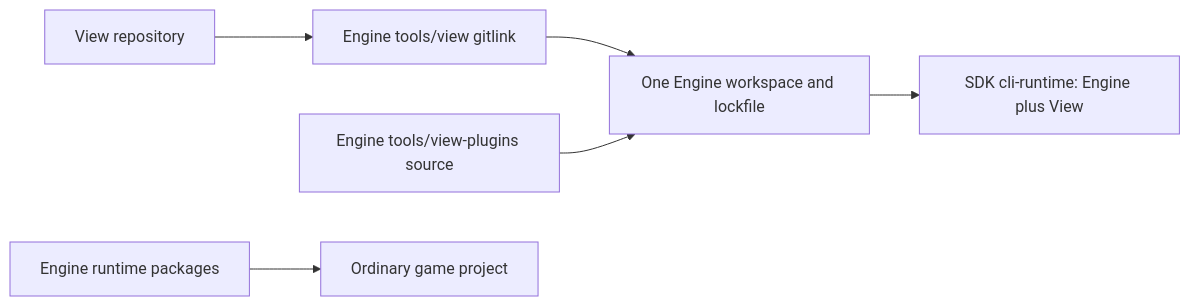
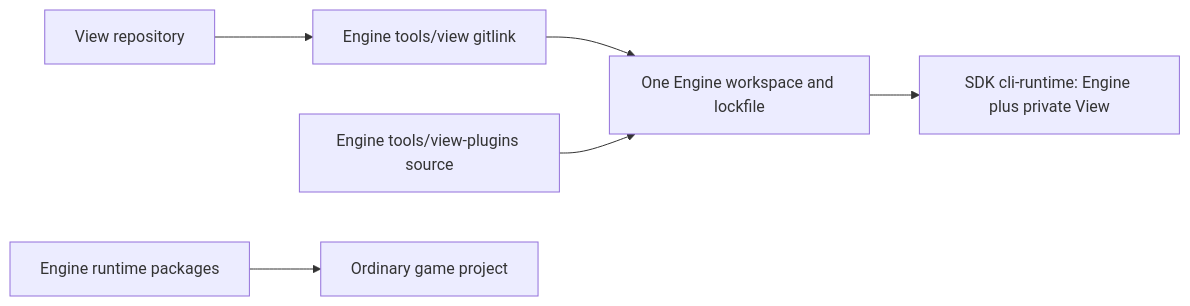
The diagram in tools/view/README.md (ForgeAX/forgeax-engine), drawn with Mermaid before and after one commit. The commit also changed other lines of this file and 836 other files, not shown here.

````diff
--- a/tools/view/README.md
+++ b/tools/view/README.md
@@ -277,8 +281,8 @@
 ```mermaid
 flowchart LR
   Source["View repository"] --> Pin["Engine tools/view gitlink"]
   Pin --> Build["One Engine workspace and lockfile"]
   Plugins["Engine tools/view-plugins source"] --> Build
-  Build --> Tool["SDK cli-runtime: Engine plus View"]
+  Build --> Tool["SDK cli-runtime: Engine plus private View"]
   Engine["Engine runtime packages"] --> Game["Ordinary game project"]
 ```
````
